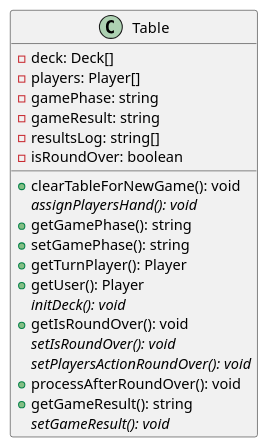
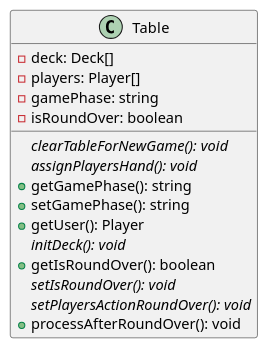
Before and after one commit to recursion-teamdev-teamd/devlog: the diagram in uml/akiba/Table.puml, drawn with PlantUML. The commit also changed 3 other files, not shown here.

```diff
--- a/uml/akiba/Table.puml
+++ b/uml/akiba/Table.puml
@@ -1,21 +1,16 @@
 class Table{
   -deck: Deck[]
   -players: Player[]
   -gamePhase: string
-  -gameResult: string
-  -resultsLog: string[]
   -isRoundOver: boolean
-  +clearTableForNewGame(): void 
+  {abstract}clearTableForNewGame(): void 
   {abstract}assignPlayersHand(): void
   +getGamePhase(): string
   +setGamePhase(): string
-  +getTurnPlayer(): Player
   +getUser(): Player
   {abstract}initDeck(): void
-  +getIsRoundOver(): void
+  +getIsRoundOver(): boolean
   {abstract}setIsRoundOver(): void
   {abstract}setPlayersActionRoundOver(): void
   +processAfterRoundOver(): void
-  +getGameResult(): string
-  {abstract}setGameResult(): void
 }
```
